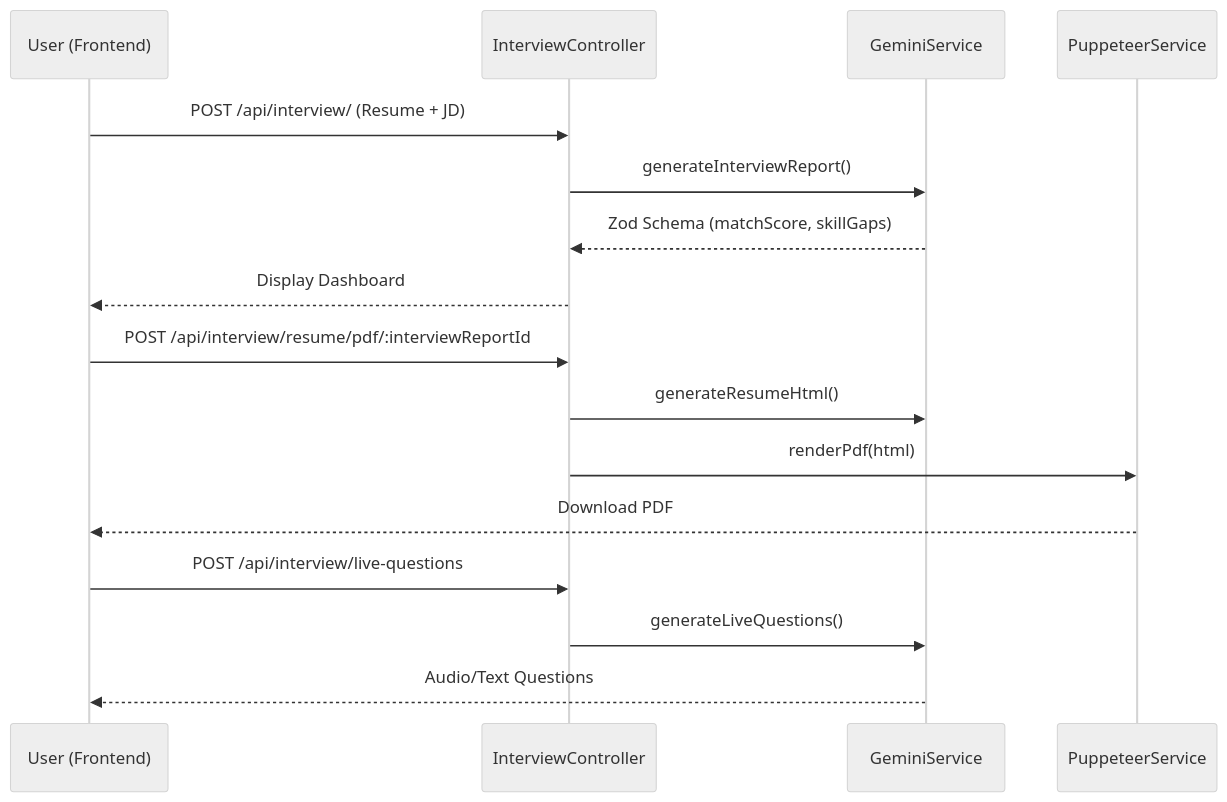
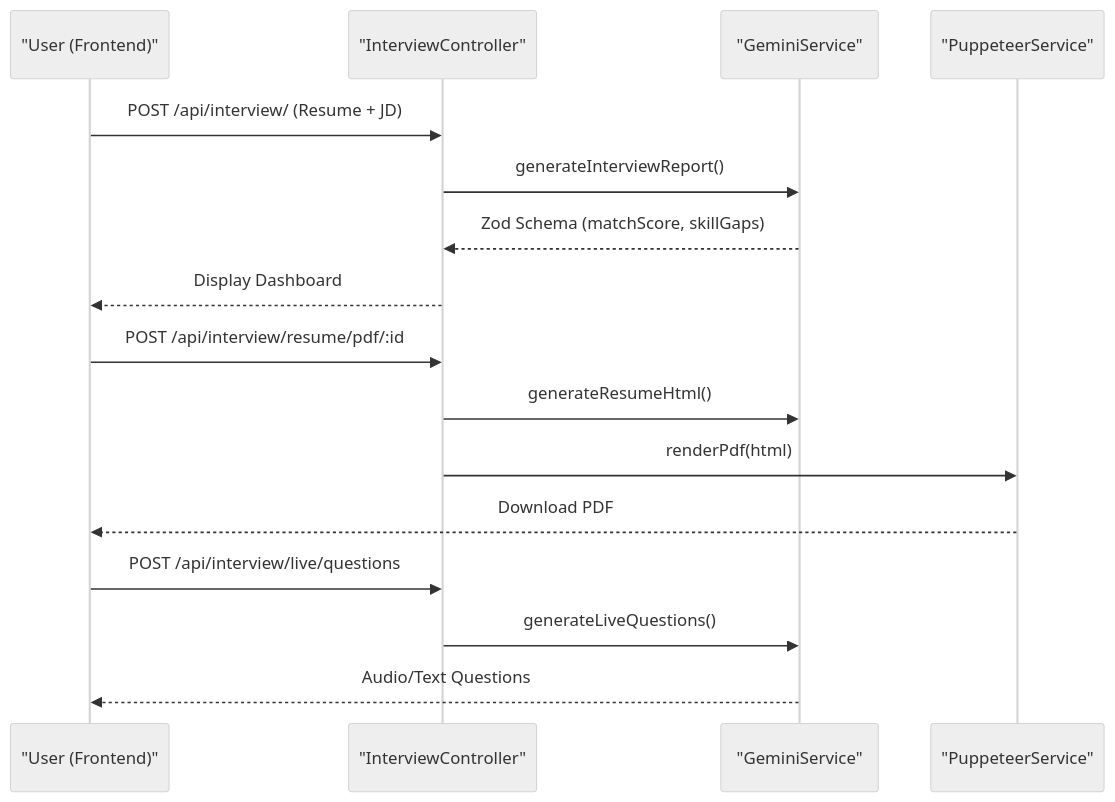
One commit to harshitzofficial/-HirePrep-AI changed the first of 16 diagrams in README.md. Above: the diagram before and after it, drawn with Mermaid (neutral theme). The commit also changed other lines of this file, not shown here.

````diff
--- a/README.md
+++ b/README.md
@@ -193,21 +230,21 @@
 ```mermaid
 sequenceDiagram
-    participant U as User (Frontend)
-    participant C as InterviewController
-    participant G as GeminiService
-    participant P as PuppeteerService
- 
+    participant U as "User (Frontend)"
+    participant C as "InterviewController"
+    participant G as "GeminiService"
+    participant P as "PuppeteerService"
+
     U->>C: POST /api/interview/ (Resume + JD)
     C->>G: generateInterviewReport()
     G-->>C: Zod Schema (matchScore, skillGaps)
     C-->>U: Display Dashboard
- 
-    U->>C: POST /api/interview/resume/pdf/:interviewReportId
+
+    U->>C: POST /api/interview/resume/pdf/:id
     C->>G: generateResumeHtml()
     C->>P: renderPdf(html)
     P-->>U: Download PDF
- 
-    U->>C: POST /api/interview/live-questions
+
+    U->>C: POST /api/interview/live/questions
     C->>G: generateLiveQuestions()
     G-->>U: Audio/Text Questions
 ```
````
